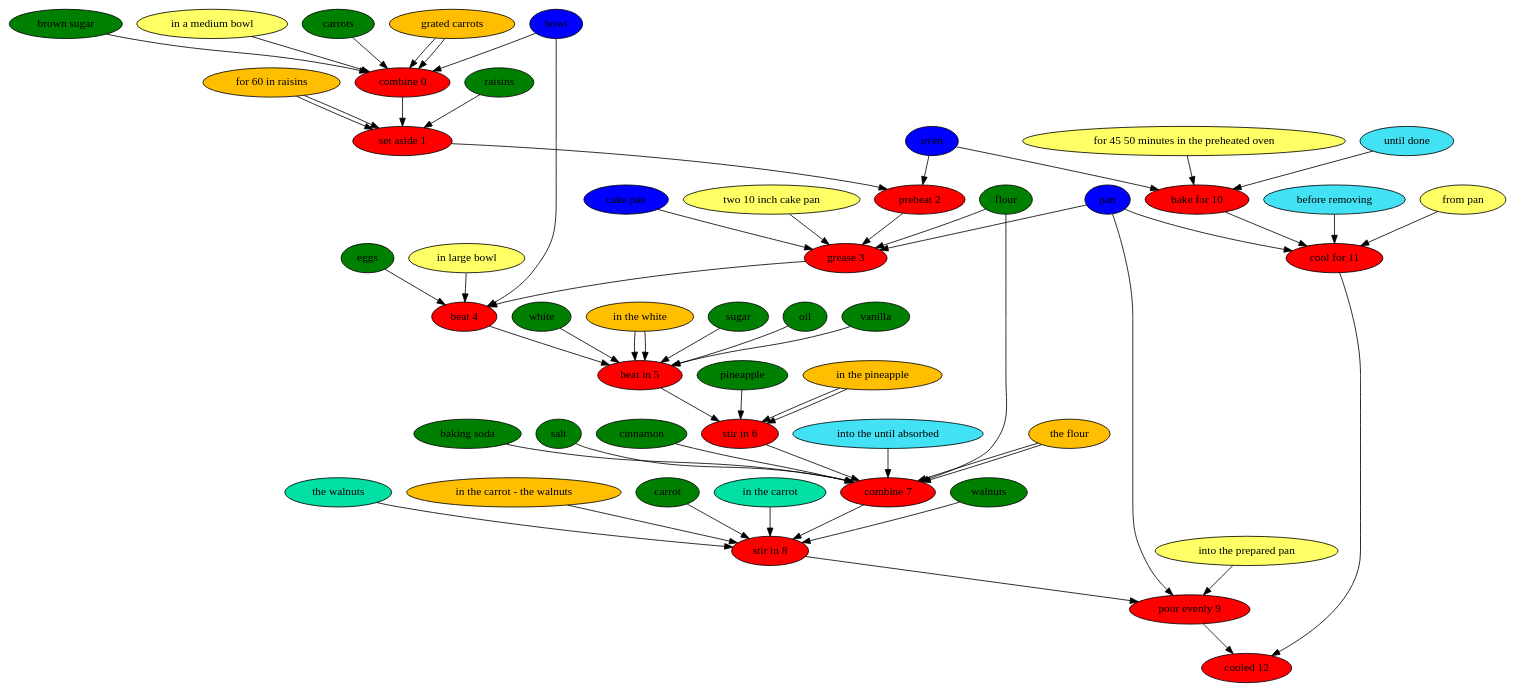
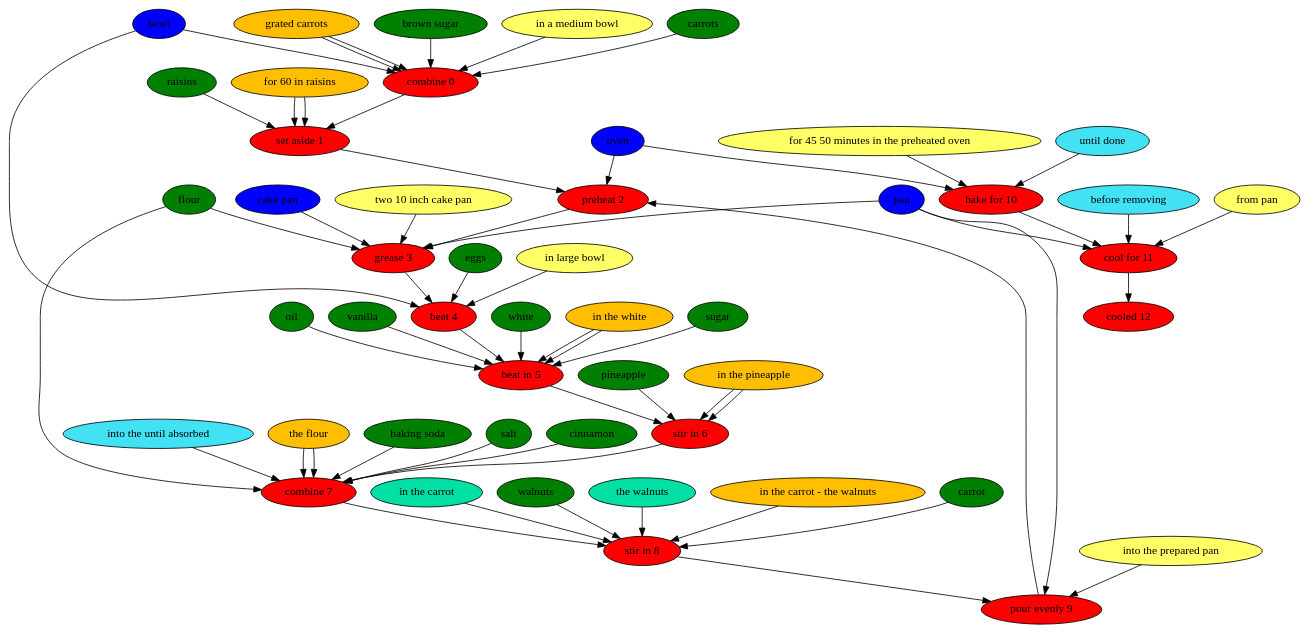
One commit to can-keklik/RecipePostagger changed the diagram in results/paper/best-carrot-cake-ever.dot. Above: the diagram before and after it, drawn with Graphviz. The commit also changed 13 other files, not shown here.

```diff
--- a/results/paper/best-carrot-cake-ever.dot
+++ b/results/paper/best-carrot-cake-ever.dot
@@ -1,119 +1,119 @@
 digraph G {
 "combine 0" [style=filled, fillcolor=red];
 carrots [style=filled, fillcolor=green];
 carrots -> "combine 0";
 "grated carrots" [style=filled, fillcolor="#01DFA5"];
 "grated carrots" -> "combine 0";
 "brown sugar" [style=filled, fillcolor=green];
 "brown sugar" -> "combine 0";
 bowl [style=filled, fillcolor="#0000ff"];
 bowl -> "combine 0";
 "in a medium bowl" [style=filled, fillcolor="#ffff66"];
 "in a medium bowl" -> "combine 0";
 "grated carrots" [style=filled, fillcolor="#FFBF00"];
 "grated carrots" -> "combine 0";
 "set aside 1" [style=filled, fillcolor=red];
 raisins [style=filled, fillcolor=green];
 raisins -> "set aside 1";
 "for 60 in raisins" [style=filled, fillcolor="#01DFA5"];
 "for 60 in raisins" -> "set aside 1";
 "for 60 in raisins" [style=filled, fillcolor="#FFBF00"];
 "for 60 in raisins" -> "set aside 1";
 "preheat 2" [style=filled, fillcolor=red];
 oven [style=filled, fillcolor="#0000ff"];
 oven -> "preheat 2";
 "grease 3" [style=filled, fillcolor=red];
 flour [style=filled, fillcolor=green];
 flour -> "grease 3";
 "cake pan" [style=filled, fillcolor="#0000ff"];
 "cake pan" -> "grease 3";
 "two 10 inch cake pan" [style=filled, fillcolor="#ffff66"];
 "two 10 inch cake pan" -> "grease 3";
 pan [style=filled, fillcolor="#0000ff"];
 pan -> "grease 3";
 "beat 4" [style=filled, fillcolor=red];
 eggs [style=filled, fillcolor=green];
 eggs -> "beat 4";
 bowl [style=filled, fillcolor="#0000ff"];
 bowl -> "beat 4";
 "in large bowl" [style=filled, fillcolor="#ffff66"];
 "in large bowl" -> "beat 4";
 "beat in 5" [style=filled, fillcolor=red];
 white [style=filled, fillcolor=green];
 white -> "beat in 5";
 "in the white" [style=filled, fillcolor="#01DFA5"];
 "in the white" -> "beat in 5";
 sugar [style=filled, fillcolor=green];
 sugar -> "beat in 5";
 oil [style=filled, fillcolor=green];
 oil -> "beat in 5";
 vanilla [style=filled, fillcolor=green];
 vanilla -> "beat in 5";
 "in the white" [style=filled, fillcolor="#FFBF00"];
 "in the white" -> "beat in 5";
 "stir in 6" [style=filled, fillcolor=red];
 pineapple [style=filled, fillcolor=green];
 pineapple -> "stir in 6";
 "in the pineapple" [style=filled, fillcolor="#01DFA5"];
 "in the pineapple" -> "stir in 6";
 "in the pineapple" [style=filled, fillcolor="#FFBF00"];
 "in the pineapple" -> "stir in 6";
 "combine 7" [style=filled, fillcolor=red];
 "into the until absorbed" [style=filled, fillcolor="#42e2f4"];
 "into the until absorbed" -> "combine 7";
 flour [style=filled, fillcolor=green];
 flour -> "combine 7";
 "the flour" [style=filled, fillcolor="#01DFA5"];
 "the flour" -> "combine 7";
 "baking soda" [style=filled, fillcolor=green];
 "baking soda" -> "combine 7";
 salt [style=filled, fillcolor=green];
 salt -> "combine 7";
 cinnamon [style=filled, fillcolor=green];
 cinnamon -> "combine 7";
 "the flour" [style=filled, fillcolor="#FFBF00"];
 "the flour" -> "combine 7";
 "stir in 8" [style=filled, fillcolor=red];
 carrot [style=filled, fillcolor=green];
 carrot -> "stir in 8";
 "in the carrot" [style=filled, fillcolor="#01DFA5"];
 "in the carrot" -> "stir in 8";
 walnuts [style=filled, fillcolor=green];
 walnuts -> "stir in 8";
 "the walnuts" [style=filled, fillcolor="#01DFA5"];
 "the walnuts" -> "stir in 8";
 "in the carrot - the walnuts" [style=filled, fillcolor="#FFBF00"];
 "in the carrot - the walnuts" -> "stir in 8";
 "pour evenly 9" [style=filled, fillcolor=red];
 pan [style=filled, fillcolor="#0000ff"];
 pan -> "pour evenly 9";
 "into the prepared pan" [style=filled, fillcolor="#ffff66"];
 "into the prepared pan" -> "pour evenly 9";
 "bake for 10" [style=filled, fillcolor=red];
 "until done" [style=filled, fillcolor="#42e2f4"];
 "until done" -> "bake for 10";
 oven [style=filled, fillcolor="#0000ff"];
 oven -> "bake for 10";
 "for 45 50 minutes in the preheated oven" [style=filled, fillcolor="#ffff66"];
 "for 45 50 minutes in the preheated oven" -> "bake for 10";
 "cool for 11" [style=filled, fillcolor=red];
 "before removing" [style=filled, fillcolor="#42e2f4"];
 "before removing" -> "cool for 11";
 pan [style=filled, fillcolor="#0000ff"];
 pan -> "cool for 11";
 "from pan" [style=filled, fillcolor="#ffff66"];
 "from pan" -> "cool for 11";
 "cooled 12" [style=filled, fillcolor=red];
 "combine 0" -> "set aside 1";
 "set aside 1" -> "preheat 2";
 "preheat 2" -> "grease 3";
 "grease 3" -> "beat 4";
 "beat 4" -> "beat in 5";
 "beat in 5" -> "stir in 6";
 "stir in 6" -> "combine 7";
 "combine 7" -> "stir in 8";
 "stir in 8" -> "pour evenly 9";
-"pour evenly 9" -> "cooled 12";
+"pour evenly 9" -> "preheat 2";
 "bake for 10" -> "cool for 11";
 "cool for 11" -> "cooled 12";
 }
```
